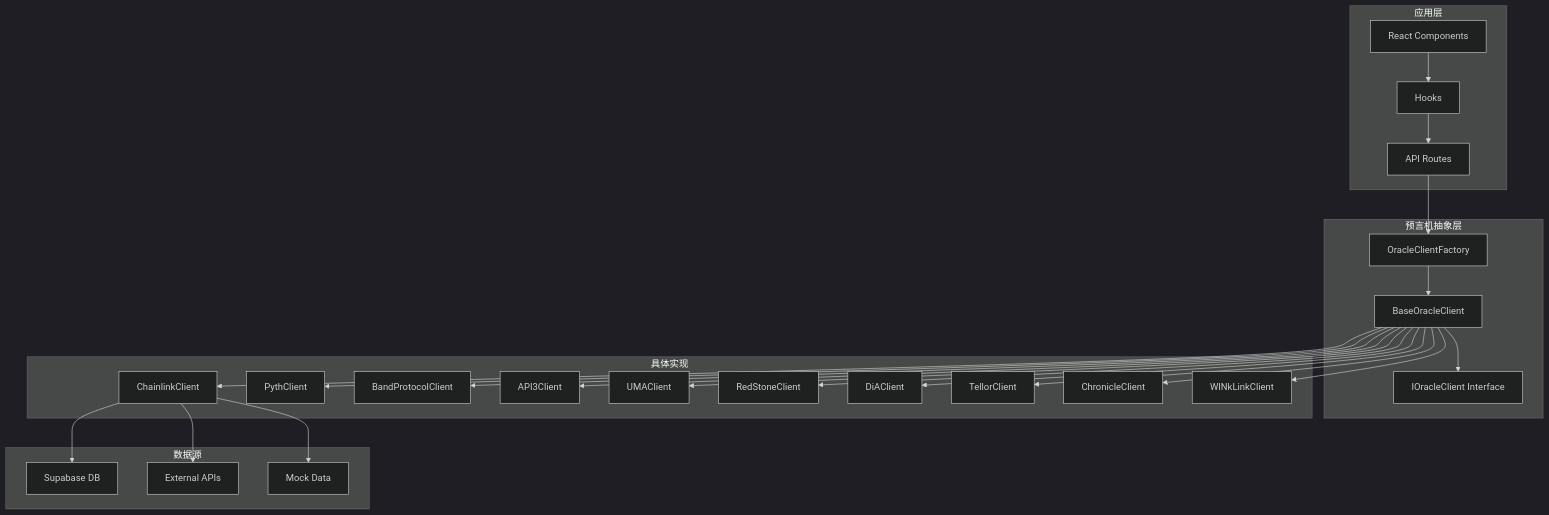
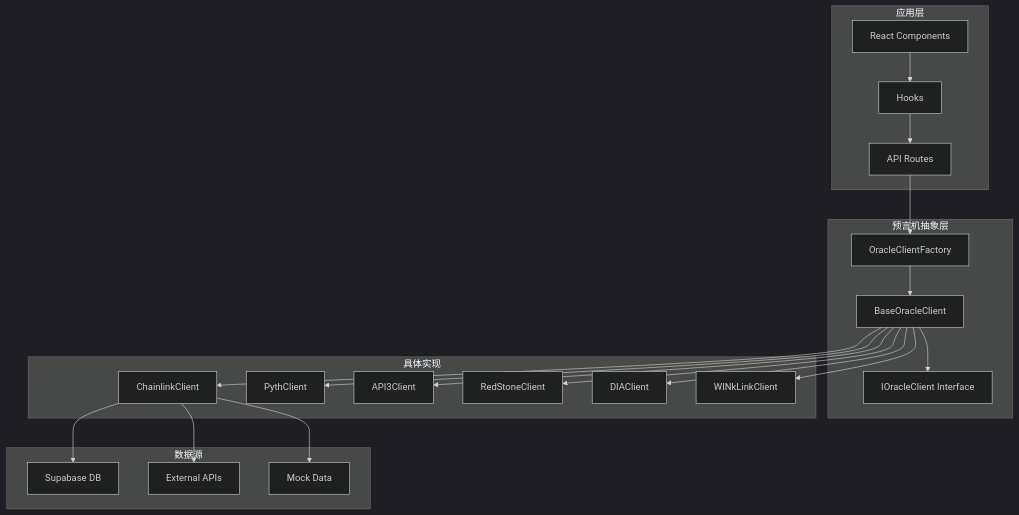
One commit to imokokok/Insight changed the first of 3 diagrams in docs/architecture/oracles.md. Above: the diagram before and after it, drawn with Mermaid (dark theme). The commit also changed other lines of this file and 117 other files, not shown here.

````diff
--- a/docs/architecture/oracles.md
+++ b/docs/architecture/oracles.md
@@ -36,52 +32,44 @@
 ```mermaid
 graph TB
     subgraph Application["应用层"]
         A[React Components]
         B[Hooks]
         C[API Routes]
     end
 
     subgraph OracleLayer["预言机抽象层"]
         D[OracleClientFactory]
         E[BaseOracleClient]
         F[IOracleClient Interface]
     end
 
     subgraph Implementations["具体实现"]
         G[ChainlinkClient]
         H[PythClient]
-        I[BandProtocolClient]
-        J[API3Client]
-        K[UMAClient]
-        L[RedStoneClient]
-        M[DiAClient]
-        N[TellorClient]
-        O[ChronicleClient]
-        P[WINkLinkClient]
+        I[API3Client]
+        J[RedStoneClient]
+        K[DIAClient]
+        L[WINkLinkClient]
     end
 
     subgraph DataSources["数据源"]
         Q[Supabase DB]
         R[External APIs]
         S[Mock Data]
     end
 
     A --> B
     B --> C
     C --> D
     D --> E
     E --> F
     E --> G
     E --> H
     E --> I
     E --> J
     E --> K
     E --> L
-    E --> M
-    E --> N
-    E --> O
-    E --> P
     G --> Q
     G --> R
     G --> S
 ```
````
